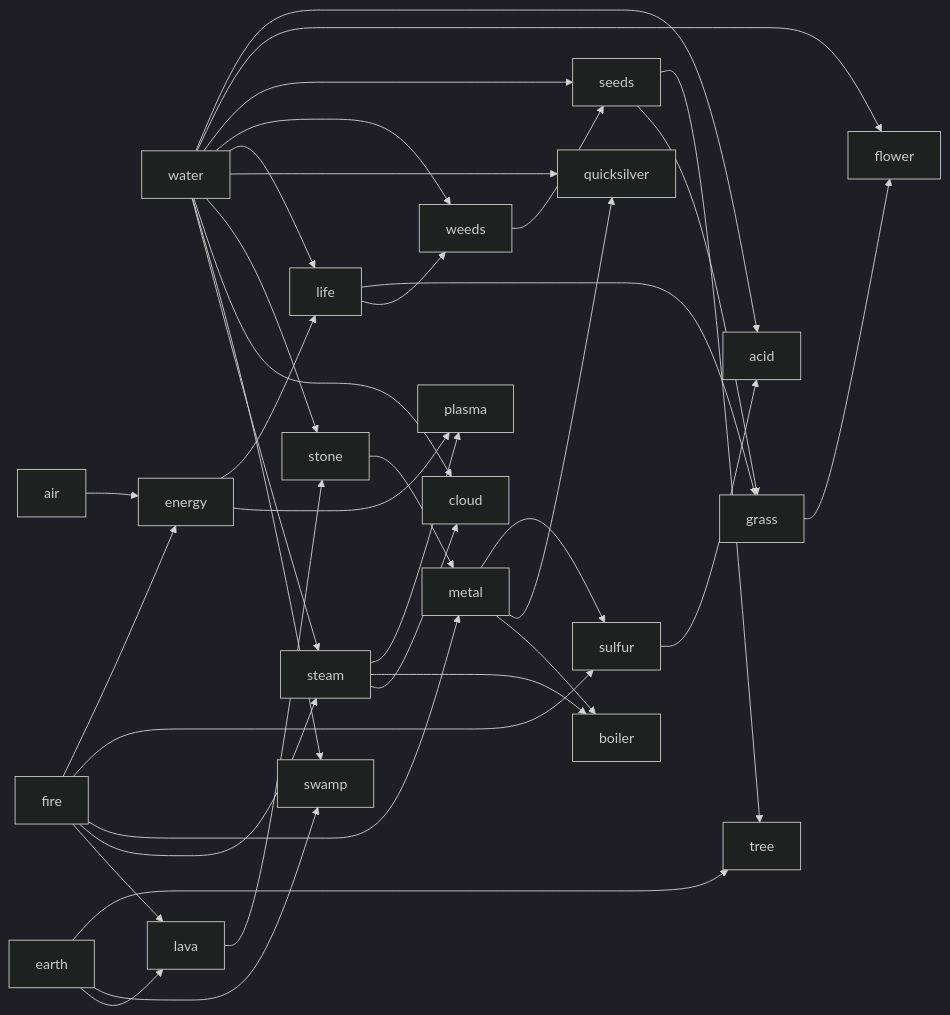
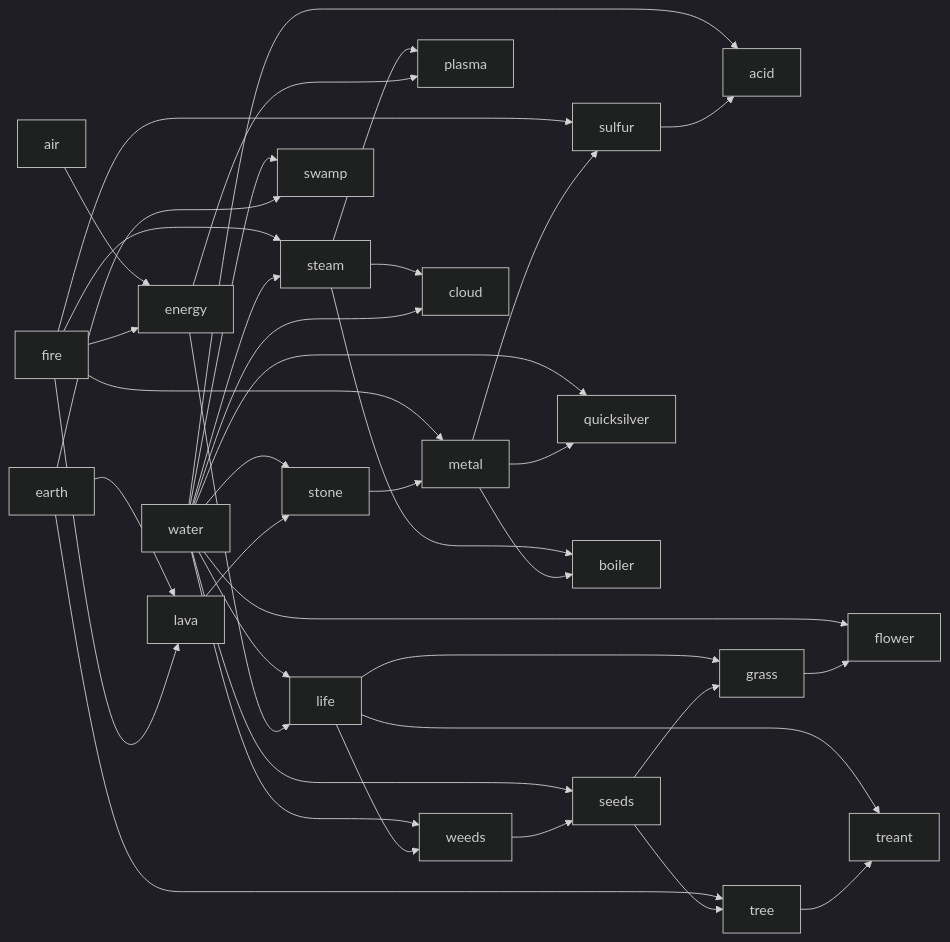
One commit to res0nat0r/doodle-god changed the diagram in README.md. Above: the diagram before and after it, drawn with Mermaid (dark theme). The commit also changed other lines of this file, not shown here.

````diff
--- a/README.md
+++ b/README.md
@@ -3,57 +5,60 @@
 ```mermaid
 graph LR
 
 sulfur -->  acid
 water --> acid
 
 seeds --> tree
 earth --> tree
 
 grass --> flower
 water --> flower
 
 seeds --> grass
 life --> grass
 
 weeds --> seeds
 water --> seeds
 
 life --> weeds
 water --> weeds
 
 energy --> life
 water --> life
 
 energy --> plasma
 steam --> plasma
 
 fire --> energy
 air --> energy
 
 metal --> sulfur
 fire --> sulfur
 
 metal --> quicksilver
 water --> quicksilver
 
 metal --> boiler
 steam --> boiler
 
 stone --> metal
 fire --> metal
 
 lava --> stone
 water --> stone
 
 water --> cloud
 steam --> cloud
 
 earth --> swamp
 water --> swamp
 
 water --> steam
 fire --> steam
 
 fire --> lava
 earth --> lava
+
+tree --> treant
+life --> treant
 ```
````
